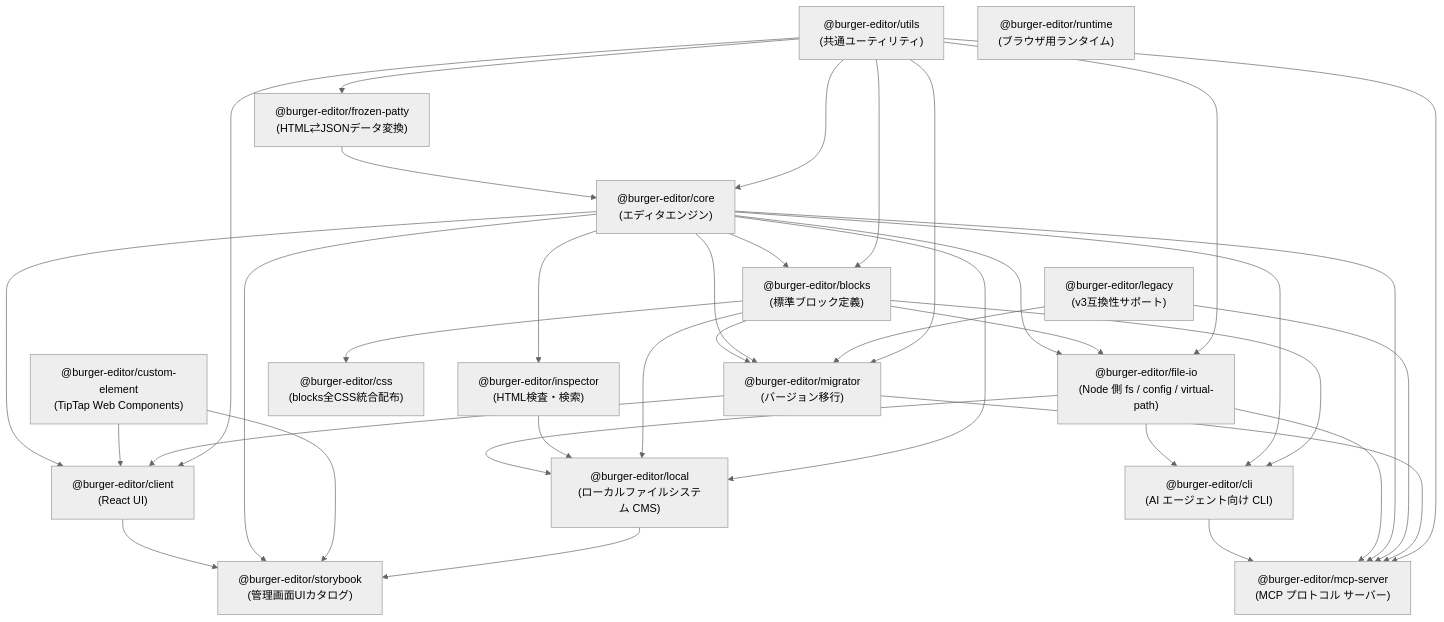
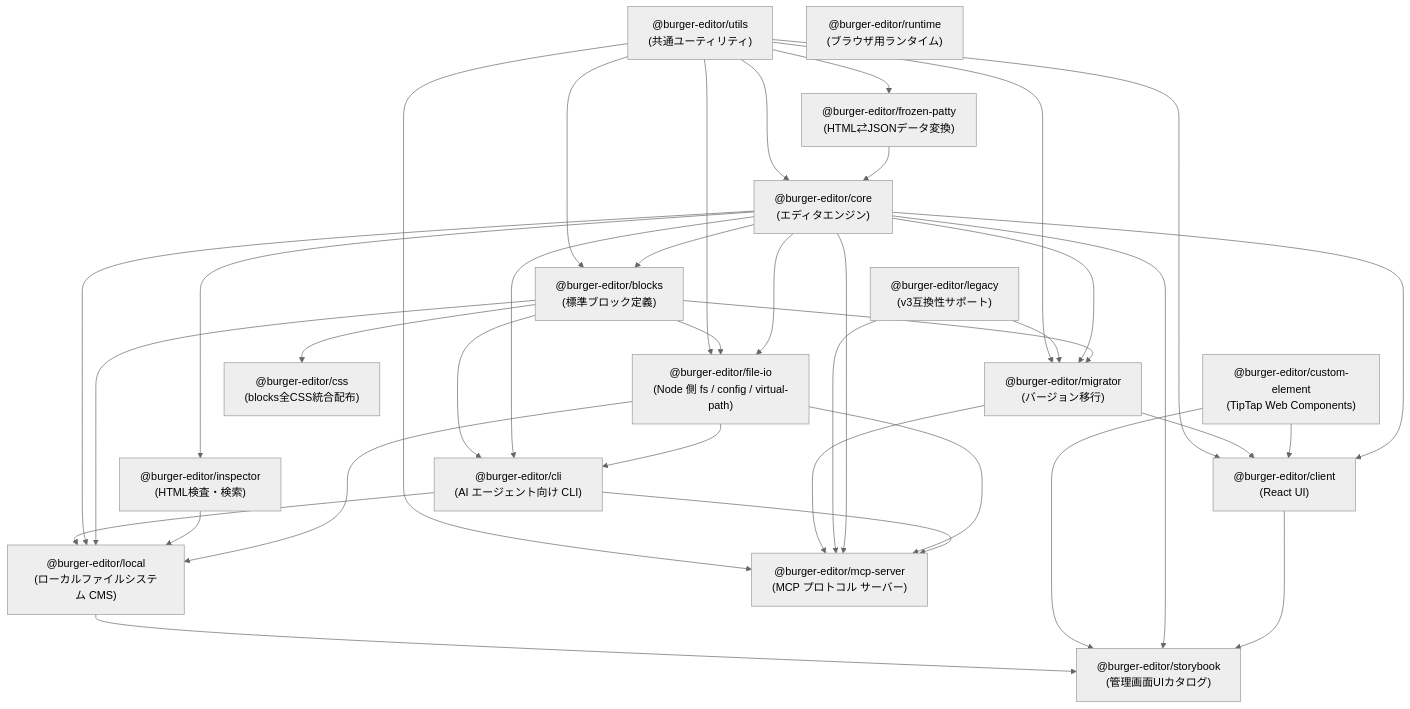
Before and after one commit to d-zero-dev/BurgerEditor: the diagram in ARCHITECTURE.md, drawn with Mermaid (neutral theme). The commit also changed other lines of this file and 2 other files, not shown here.

````diff
--- a/ARCHITECTURE.md
+++ b/ARCHITECTURE.md
@@ -9,80 +9,81 @@
 ```mermaid
 graph TD
     utils["@burger-editor/utils<br/>(共通ユーティリティ)"]
     frozen["@burger-editor/frozen-patty<br/>(HTML⇄JSONデータ変換)"]
     core["@burger-editor/core<br/>(エディタエンジン)"]
     blocks["@burger-editor/blocks<br/>(標準ブロック定義)"]
     client["@burger-editor/client<br/>(React UI)"]
     custom["@burger-editor/custom-element<br/>(TipTap Web Components)"]
     migrator["@burger-editor/migrator<br/>(バージョン移行)"]
     inspector["@burger-editor/inspector<br/>(HTML検査・検索)"]
     fileio["@burger-editor/file-io<br/>(Node 側 fs / config / virtual-path)"]
     cli["@burger-editor/cli<br/>(AI エージェント向け CLI)"]
     local["@burger-editor/local<br/>(ローカルファイルシステム CMS)"]
     mcp["@burger-editor/mcp-server<br/>(MCP プロトコル サーバー)"]
     legacy["@burger-editor/legacy<br/>(v3互換性サポート)"]
     css["@burger-editor/css<br/>(blocks全CSS統合配布)"]
     runtime["@burger-editor/runtime<br/>(ブラウザ用ランタイム)"]
     storybook["@burger-editor/storybook<br/>(管理画面UIカタログ)"]
 
     %% Core dependencies
     utils --> frozen
     frozen --> core
     utils --> core
 
     %% Block dependencies
     core --> blocks
     utils --> blocks
 
     %% CSS distribution
     blocks --> css
 
     %% Client dependencies
     core --> client
     custom --> client
     migrator --> client
     utils --> client
 
     %% Migrator dependencies
     blocks --> migrator
     core --> migrator
     legacy --> migrator
     utils --> migrator
 
     %% Inspector dependencies
     core --> inspector
 
     %% File-IO (Node 側集約)
     core --> fileio
     blocks --> fileio
     utils --> fileio
 
     %% Local dependencies (file-io 経由で fs を扱うようリファクタ済み)
     fileio --> local
     inspector --> local
     blocks --> local
     core --> local
+    cli --> local
 
     %% CLI (AI エージェント向け)
     fileio --> cli
     core --> cli
     blocks --> cli
 
     %% MCP Server (v3 互換 + v4 ツールは CLI 経由)
     cli --> mcp
     fileio --> mcp
     core --> mcp
     legacy --> mcp
     migrator --> mcp
     utils --> mcp
 
     %% Storybook (開発時のコンポーネントカタログ、他パッケージからは依存されない末端)
     client --> storybook
     core --> storybook
     custom --> storybook
     local --> storybook
 
     %% Independent packages
     legacy
     runtime
 ```
````
